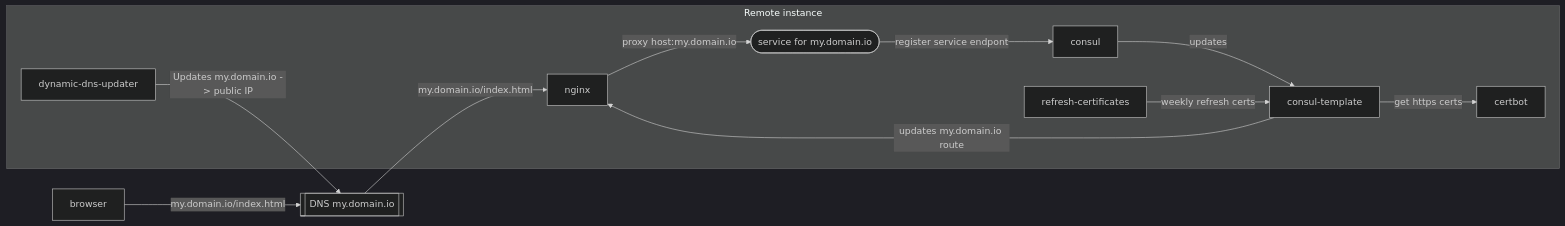
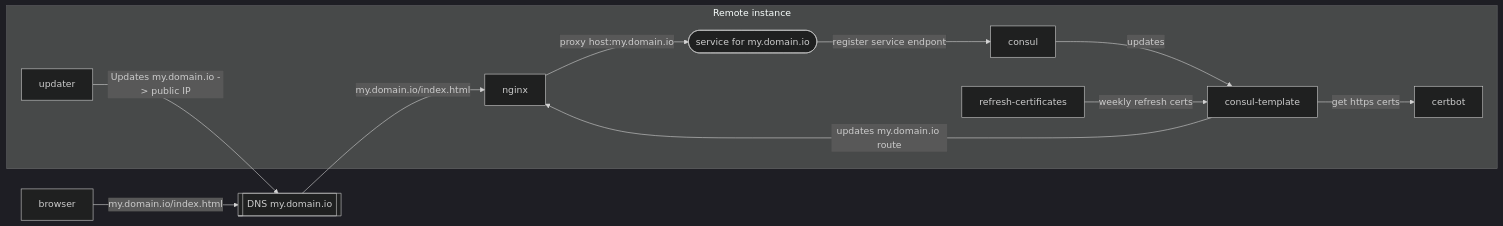
Before and after one commit to dionjwa/dynamic-dns-automatic: the diagram in README.md, drawn with Mermaid (dark theme). The commit also changed 4 other files, not shown here.

````diff
--- a/README.md
+++ b/README.md
@@ -14,21 +14,21 @@
 ```mermaid
 graph LR
   nginx
   certbot
   consul
   consul-template
   domainregister[[DNS my.domain.io]]
   service([service for my.domain.io])
   subgraph "Remote instance "
     service --> |register service endpont| consul
     consul --> |updates| consul-template
     consul-template --> |get https certs| certbot
     consul-template --> |updates my.domain.io route| nginx
     refresh-certificates --> |weekly refresh certs| consul-template
-    dynamic-dns-updater
+    updater
     nginx --> |proxy host:my.domain.io| service
   end
-  dynamic-dns-updater --> | Updates my.domain.io -> public IP |domainregister
+  updater --> | Updates my.domain.io -> public IP |domainregister
   browser --> |my.domain.io/index.html| domainregister
   domainregister --> |my.domain.io/index.html| nginx
 ```
````
